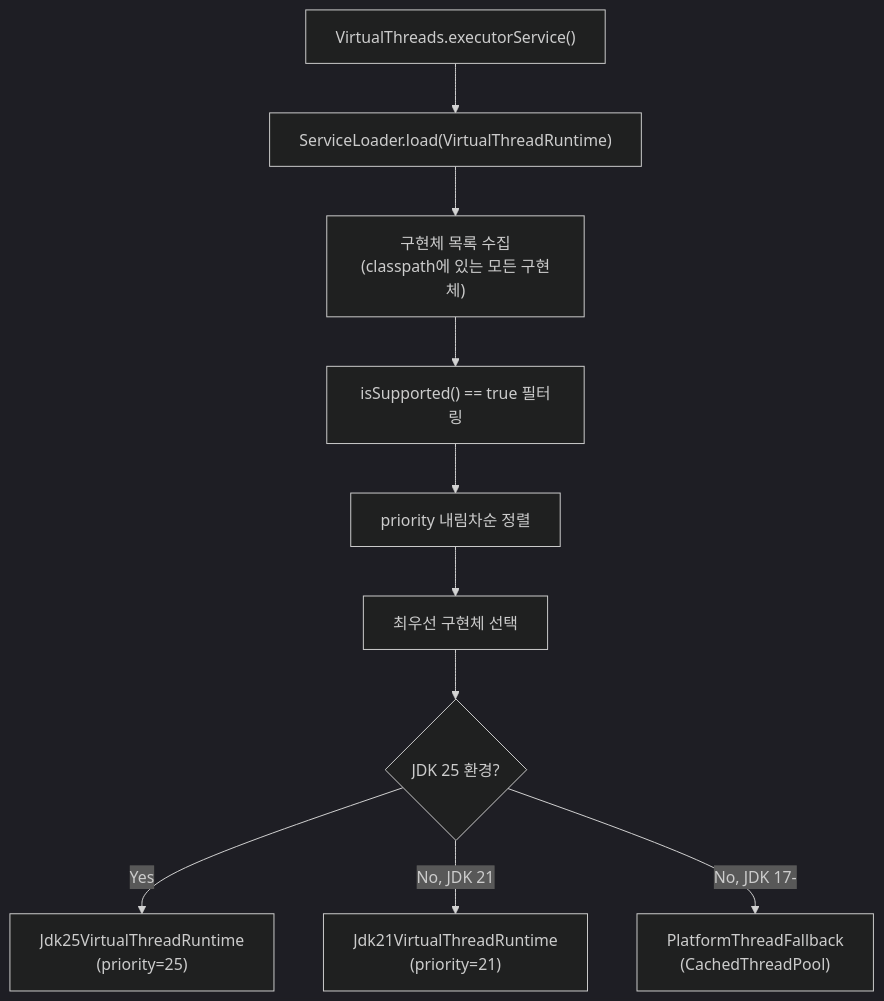
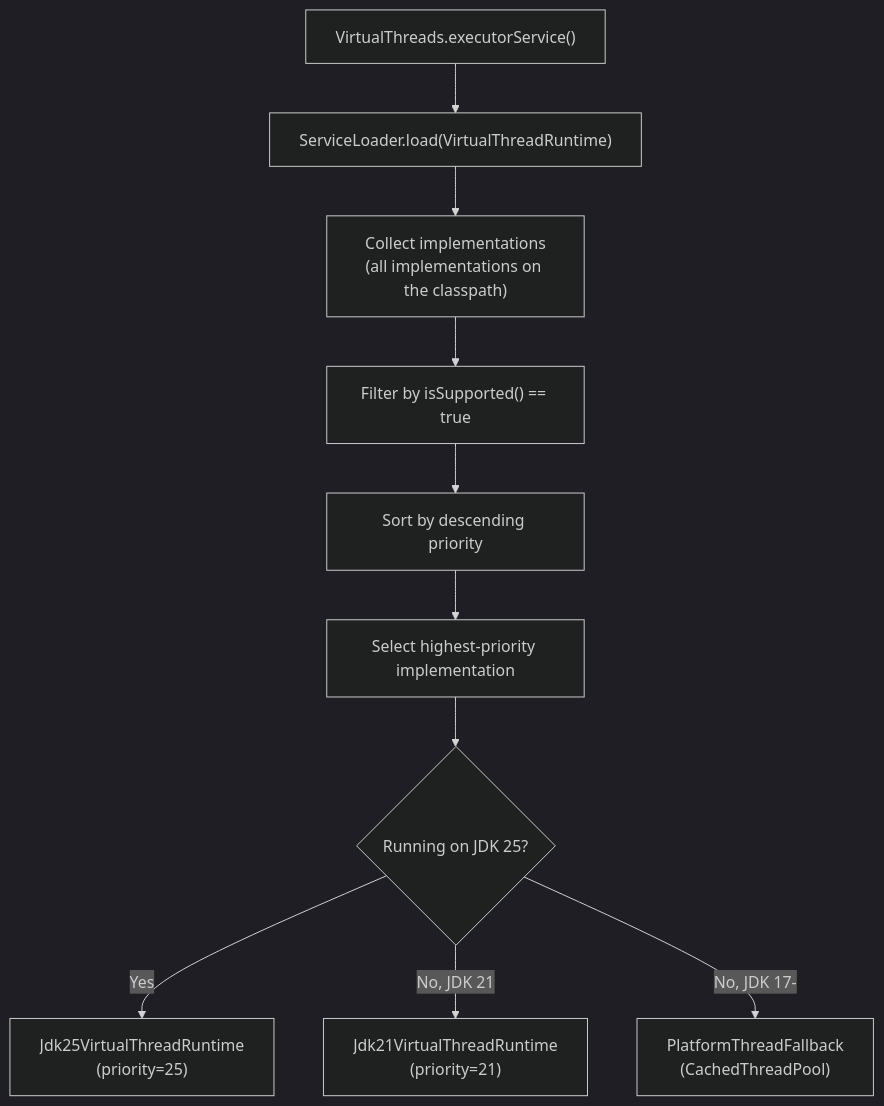
The second of 2 diagrams in virtualthread/api/README.md (bluetape4k/bluetape4k-projects), drawn with Mermaid (dark theme) before and after one commit. The commit also changed other lines of this file and 265 other files, not shown here.

````diff
--- a/virtualthread/api/README.md
+++ b/virtualthread/api/README.md
@@ -232,12 +234,12 @@
 ```mermaid
 flowchart TD
     START["VirtualThreads.executorService()"] --> SL["ServiceLoader.load(VirtualThreadRuntime)"]
-    SL --> CANDIDATES["구현체 목록 수집<br/>(classpath에 있는 모든 구현체)"]
-    CANDIDATES --> FILTER["isSupported() == true 필터링"]
-    FILTER --> SORT["priority 내림차순 정렬"]
-    SORT --> SELECT["최우선 구현체 선택"]
-    SELECT --> JDK25{"JDK 25 환경?"}
+    SL --> CANDIDATES["Collect implementations<br/>(all implementations on the classpath)"]
+    CANDIDATES --> FILTER["Filter by isSupported() == true"]
+    FILTER --> SORT["Sort by descending priority"]
+    SORT --> SELECT["Select highest-priority implementation"]
+    SELECT --> JDK25{"Running on JDK 25?"}
     JDK25 -->|"Yes"| USE25["Jdk25VirtualThreadRuntime<br/>(priority=25)"]
     JDK25 -->|"No, JDK 21"| USE21["Jdk21VirtualThreadRuntime<br/>(priority=21)"]
     JDK25 -->|"No, JDK 17-"| USEFALL["PlatformThreadFallback<br/>(CachedThreadPool)"]
 ```
````
